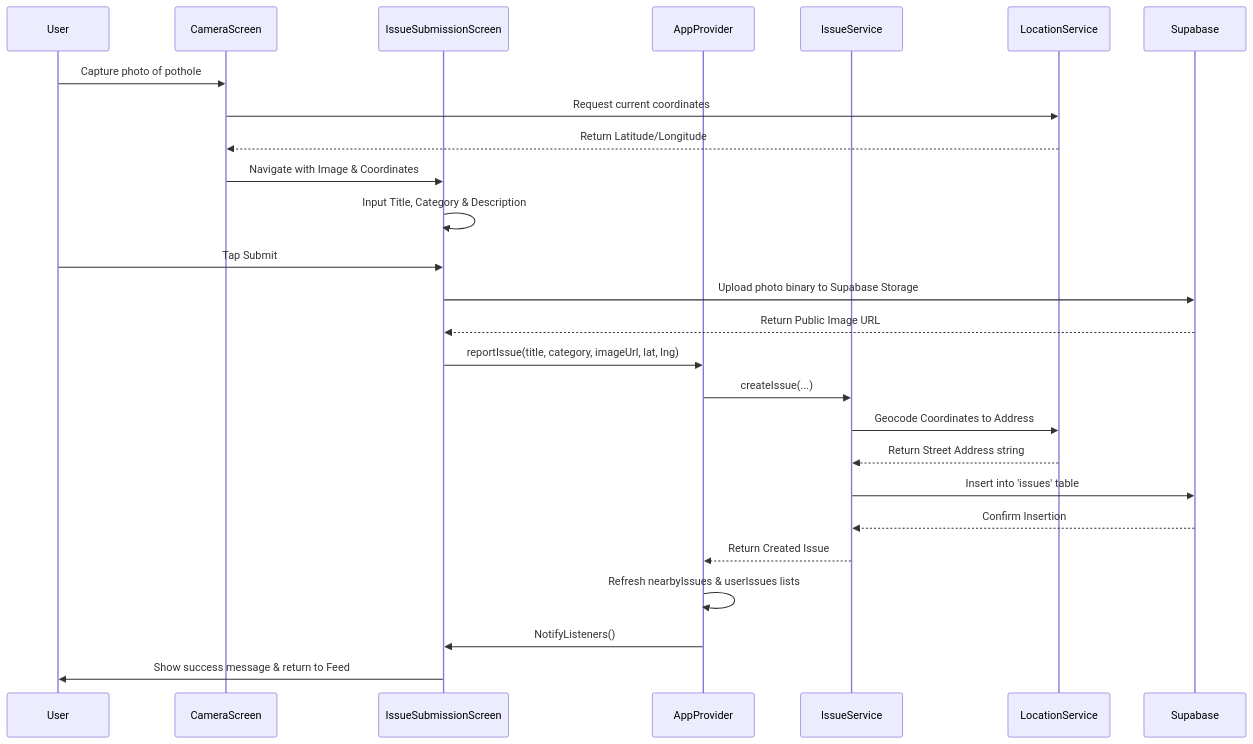
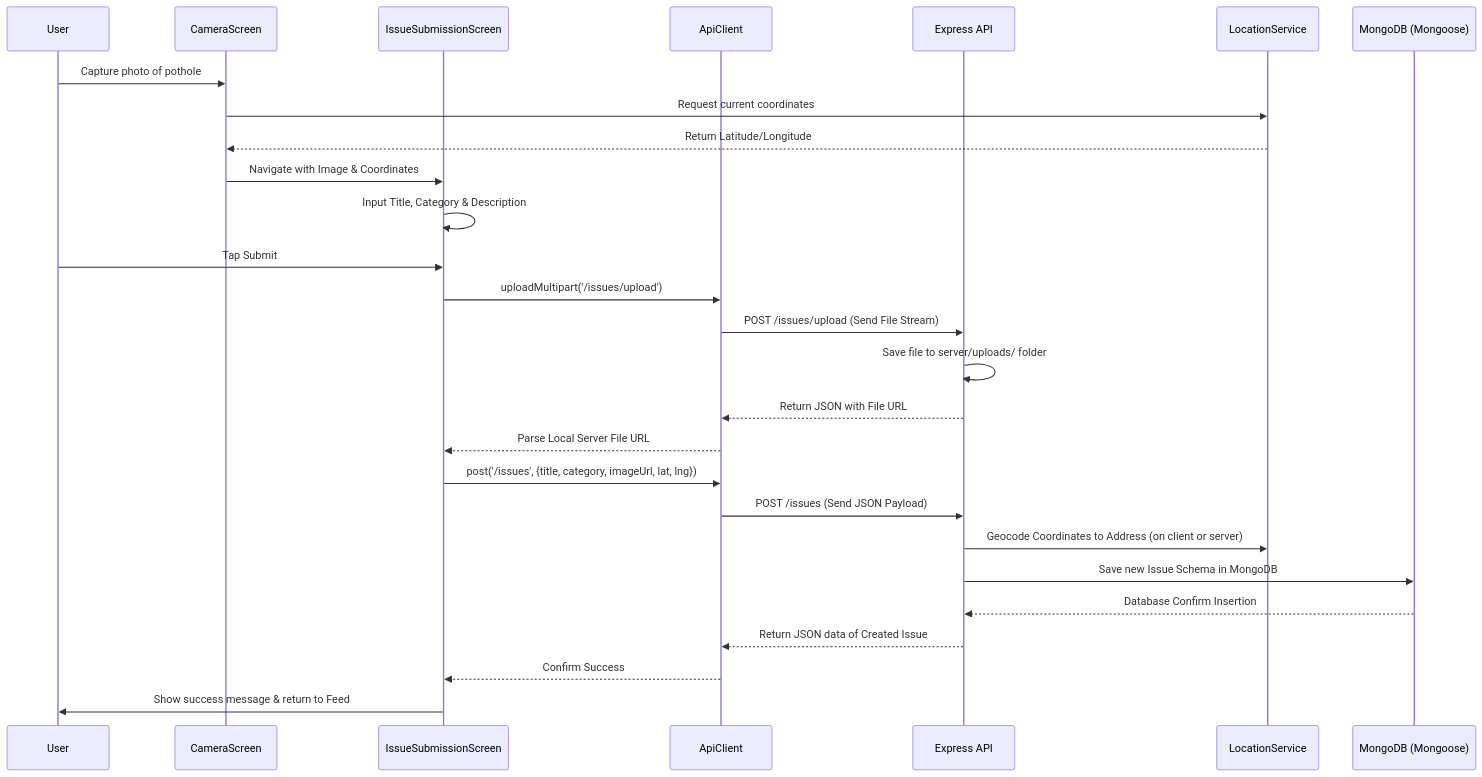
One commit to Varunpatel586/Civic_Connect changed the second of 2 diagrams in docs/architecture.md. Above: the diagram before and after it, drawn with Mermaid. The commit also changed other lines of this file and 38 other files, not shown here.

First line of the commit message:
feat: migrate database and backend architecture from Supabase to Node.js & MongoDB

````diff
--- a/docs/architecture.md
+++ b/docs/architecture.md
@@ -87,29 +69,30 @@
 ```mermaid
 sequenceDiagram
     participant U as User
     participant CS as CameraScreen
     participant ISS as IssueSubmissionScreen
-    participant AP as AppProvider
-    participant IS as IssueService
+    participant AC as ApiClient
+    participant EX as Express API
     participant LS as LocationService
-    participant SB as Supabase
+    participant MG as MongoDB (Mongoose)
 
     U->>CS: Capture photo of pothole
     CS->>LS: Request current coordinates
     LS-->>CS: Return Latitude/Longitude
     CS->>ISS: Navigate with Image & Coordinates
     ISS->>ISS: Input Title, Category & Description
     U->>ISS: Tap Submit
-    ISS->>SB: Upload photo binary to Supabase Storage
-    SB-->>ISS: Return Public Image URL
-    ISS->>AP: reportIssue(title, category, imageUrl, lat, lng)
-    AP->>IS: createIssue(...)
-    IS->>LS: Geocode Coordinates to Address
-    LS-->>IS: Return Street Address string
-    IS->>SB: Insert into 'issues' table
-    SB-->>IS: Confirm Insertion
-    IS-->>AP: Return Created Issue
-    AP->>AP: Refresh nearbyIssues & userIssues lists
-    AP->>ISS: NotifyListeners()
+    ISS->>AC: uploadMultipart('/issues/upload')
+    AC->>EX: POST /issues/upload (Send File Stream)
+    EX->>EX: Save file to server/uploads/ folder
+    EX-->>AC: Return JSON with File URL
+    AC-->>ISS: Parse Local Server File URL
+    ISS->>AC: post('/issues', {title, category, imageUrl, lat, lng})
+    AC->>EX: POST /issues (Send JSON Payload)
+    EX->>LS: Geocode Coordinates to Address (on client or server)
+    EX->>MG: Save new Issue Schema in MongoDB
+    MG-->>EX: Database Confirm Insertion
+    EX-->>AC: Return JSON data of Created Issue
+    AC-->>ISS: Confirm Success
     ISS->>U: Show success message & return to Feed
 ```
````
